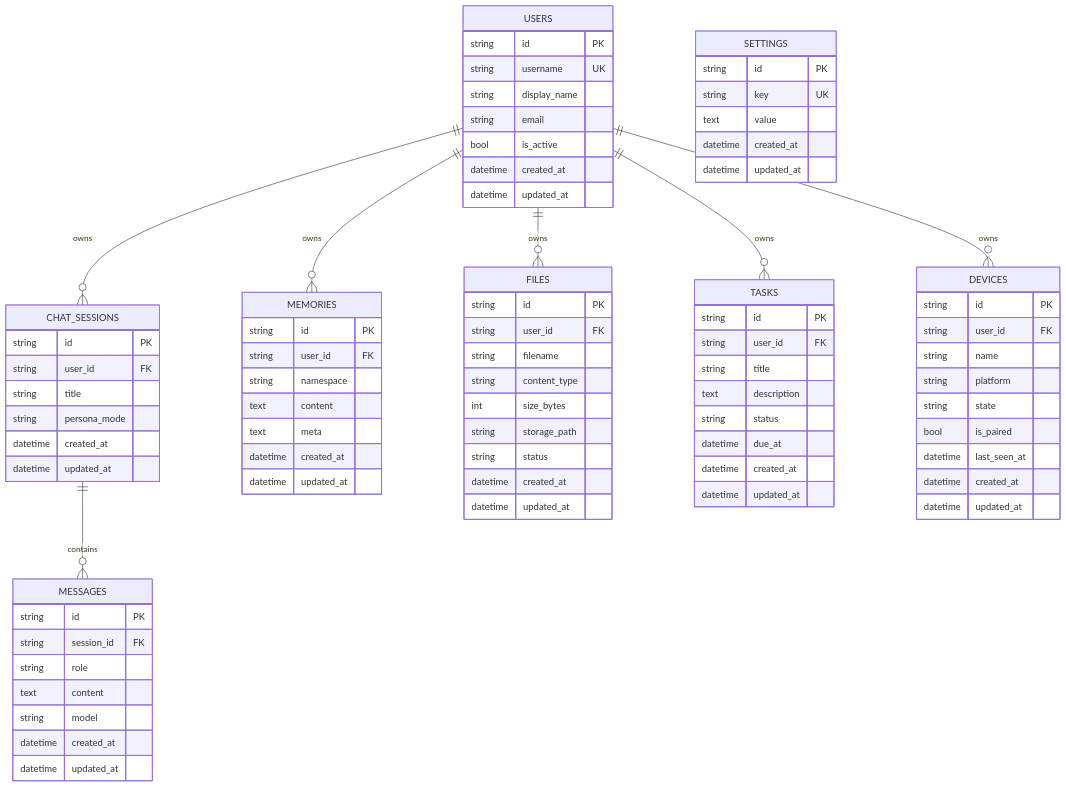
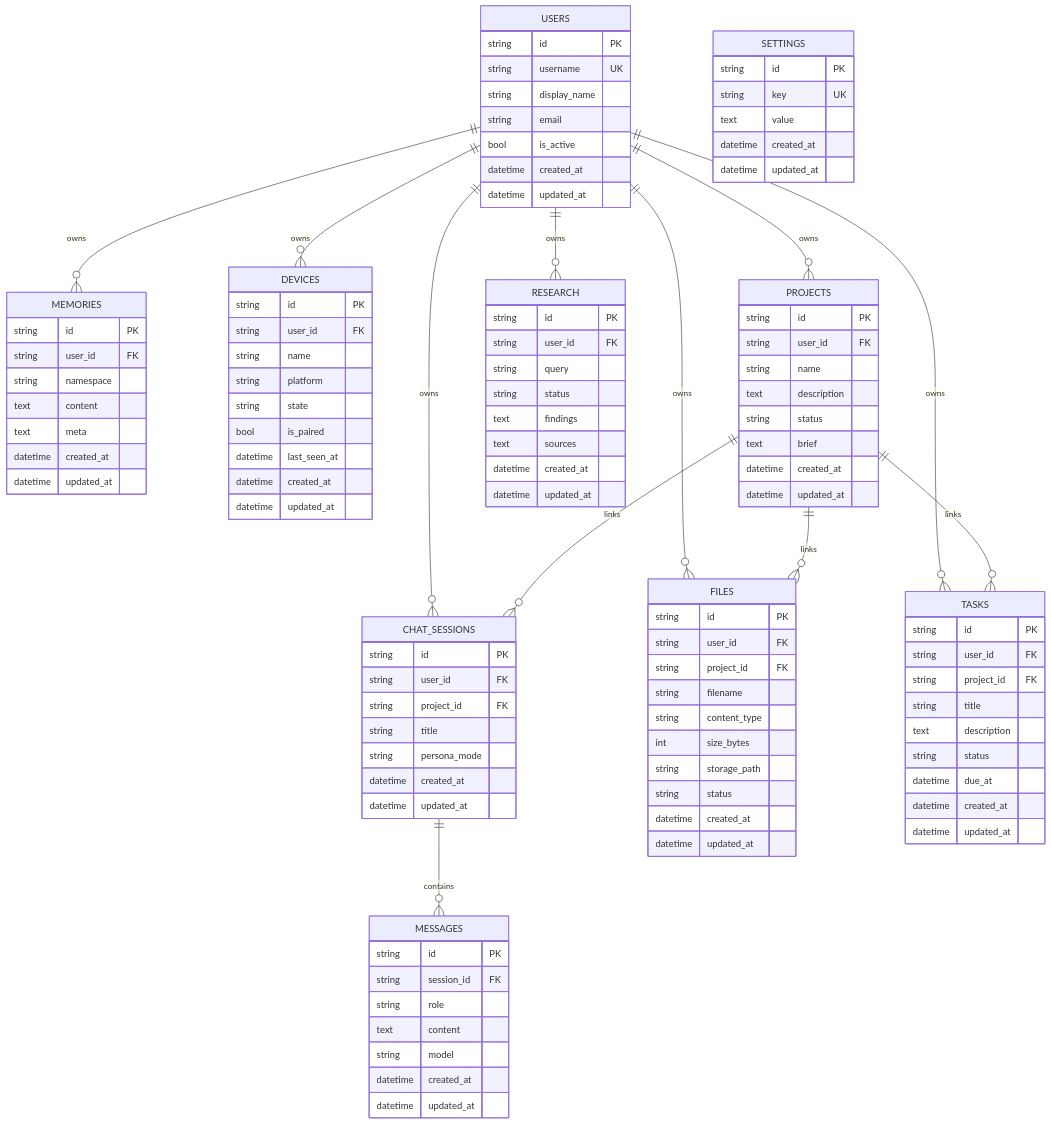
The diagram in docs/architecture/data-model.md (Ekansh-Panda/AK-4), drawn with Mermaid before and after one commit. The commit also changed other lines of this file and 47 other files, not shown here.

````diff
--- a/docs/architecture/data-model.md
+++ b/docs/architecture/data-model.md
@@ -23,7 +23,12 @@
   USERS ||--o{ FILES : owns
   USERS ||--o{ TASKS : owns
   USERS ||--o{ DEVICES : owns
+  USERS ||--o{ PROJECTS : owns
+  USERS ||--o{ RESEARCH : owns
   CHAT_SESSIONS ||--o{ MESSAGES : contains
+  PROJECTS ||--o{ CHAT_SESSIONS : links
+  PROJECTS ||--o{ TASKS : links
+  PROJECTS ||--o{ FILES : links
 
   USERS {
     string id PK
@@ -37,6 +42,7 @@
   CHAT_SESSIONS {
     string id PK
     string user_id FK
+    string project_id FK
     string title
     string persona_mode
     datetime created_at
@@ -63,6 +69,7 @@
   FILES {
     string id PK
     string user_id FK
+    string project_id FK
     string filename
     string content_type
     int size_bytes
@@ -81,6 +88,7 @@
   TASKS {
     string id PK
     string user_id FK
+    string project_id FK
     string title
     text description
     string status
@@ -99,4 +107,24 @@
     datetime created_at
     datetime updated_at
   }
+  PROJECTS {
+    string id PK
+    string user_id FK
+    string name
+    text description
+    string status
+    text brief
+    datetime created_at
+    datetime updated_at
+  }
+  RESEARCH {
+    string id PK
+    string user_id FK
+    string query
+    string status
+    text findings
+    text sources
+    datetime created_at
+    datetime updated_at
+  }
 ```
````
